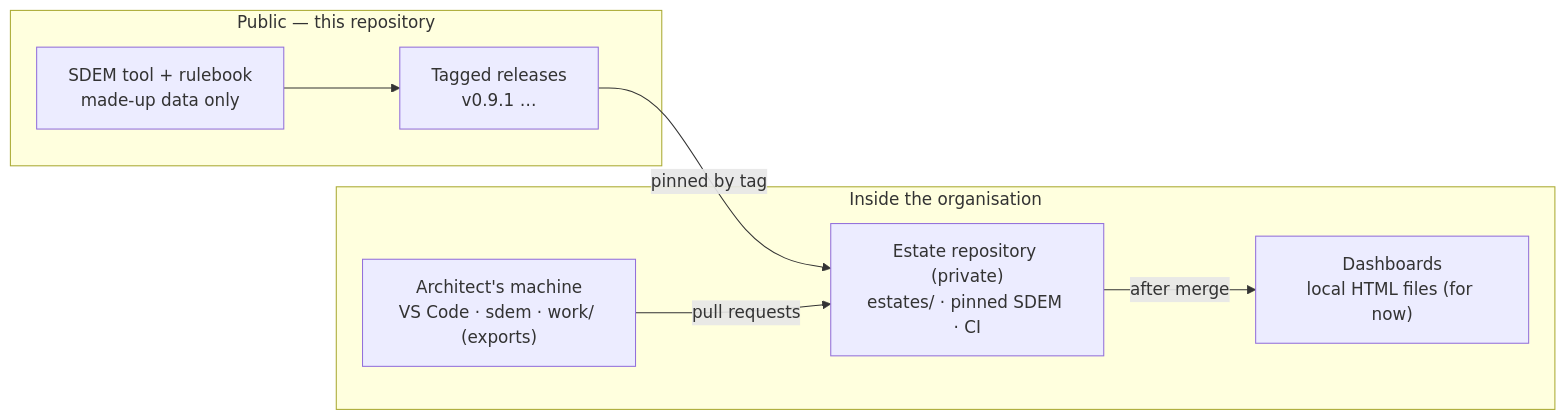
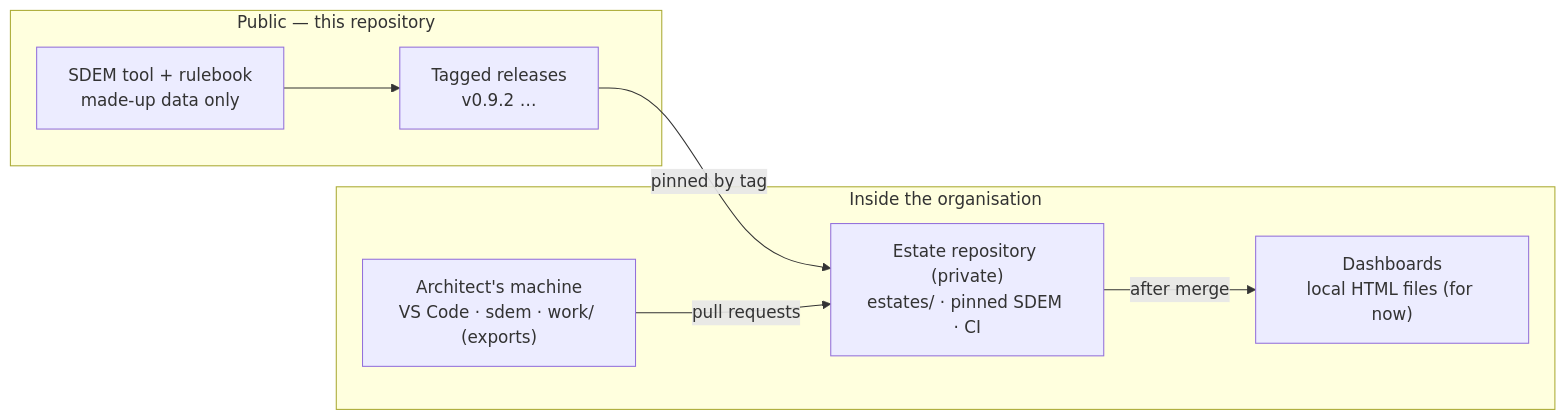
The diagram in docs/sdem-operating-model.md (taumoeps/bian-sdem-framework), drawn with Mermaid before and after one commit. The commit also changed 35 other files, not shown here.

````diff
--- a/docs/sdem-operating-model.md
+++ b/docs/sdem-operating-model.md
@@ -7,14 +7,14 @@
 ```mermaid
 flowchart LR
     subgraph PUB["Public — this repository"]
-      T["SDEM tool + rulebook<br/>made-up data only"] --> REL["Tagged releases<br/>v0.9.1 …"]
+      T["SDEM tool + rulebook<br/>made-up data only"] --> REL["Tagged releases<br/>v0.9.2 …"]
     end
     subgraph ORG["Inside the organisation"]
       ER["Estate repository (private)<br/>estates/ · pinned SDEM · CI"]
       WS["Architect's machine<br/>VS Code · sdem · work/ (exports)"]
       H["Dashboards<br/>local HTML files (for now)"]
     end
     REL -- "pinned by tag" --> ER
     WS -- "pull requests" --> ER
     ER -- "after merge" --> H
 ```
````
